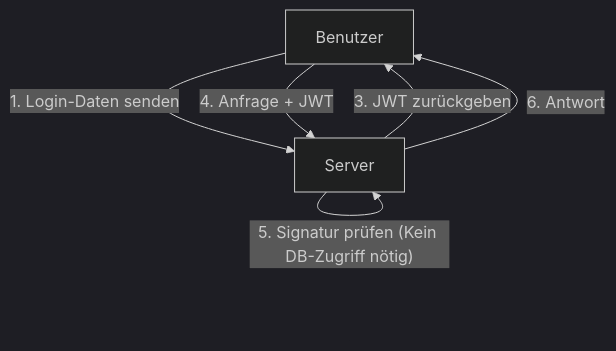
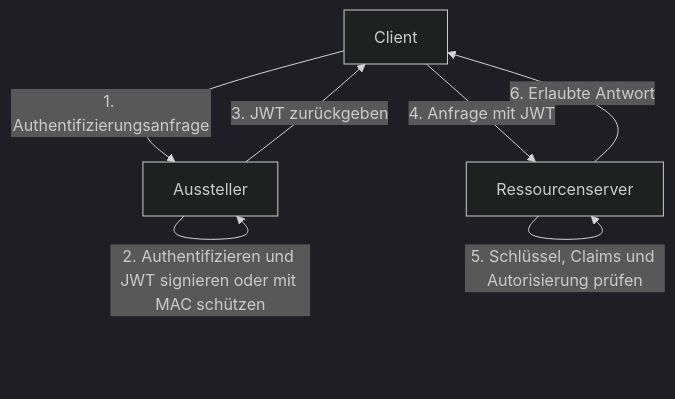
The second of 3 diagrams in content/post/jwt-json-web-token-security-risks/index.de.md (kenjinote/blog), drawn with Mermaid (dark theme) before and after one commit. The commit also changed other lines of this file and 8 other files, not shown here.

````diff
--- a/content/post/jwt-json-web-token-security-risks/index.de.md
+++ b/content/post/jwt-json-web-token-security-risks/index.de.md
@@ -47,9 +42,9 @@
 ```mermaid
 graph TD
-    A["Benutzer"] -- "1. Login-Daten senden" --> B["Server"]
-    B -- "2. Verifizierung & JWT generieren (Signatur)" --> B
+    A["Client"] -- "1. Authentifizierungsanfrage" --> B["Aussteller"]
+    B -- "2. Authentifizieren und JWT signieren oder mit MAC schützen" --> B
     B -- "3. JWT zurückgeben" --> A
-    A -- "4. Anfrage + JWT" --> B
-    B -- "5. Signatur prüfen (Kein DB-Zugriff nötig)" --> B
-    B -- "6. Antwort" --> A
+    A -- "4. Anfrage mit JWT" --> C["Ressourcenserver"]
+    C -- "5. Schlüssel, Claims und Autorisierung prüfen" --> C
+    C -- "6. Erlaubte Antwort" --> A
 ```
````
